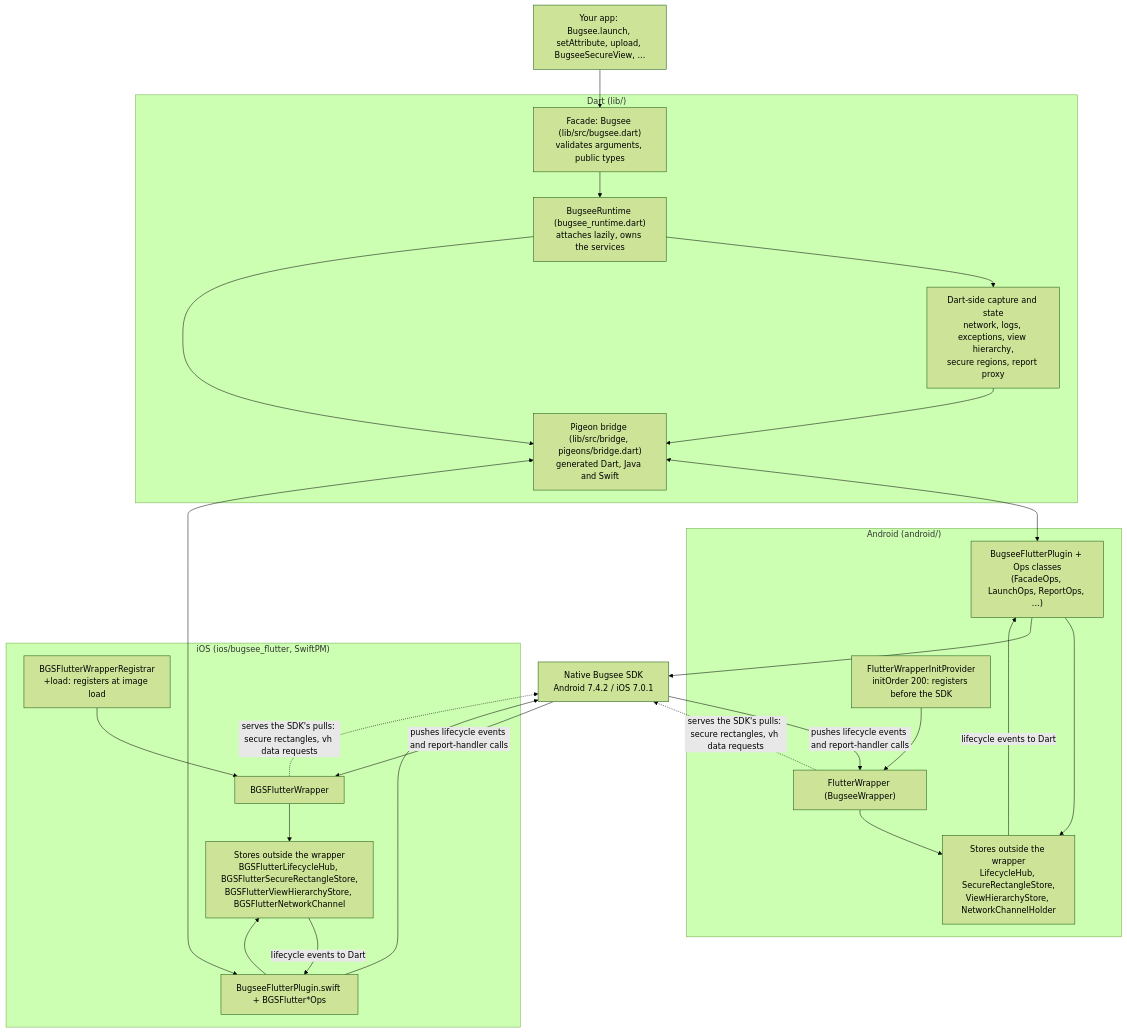
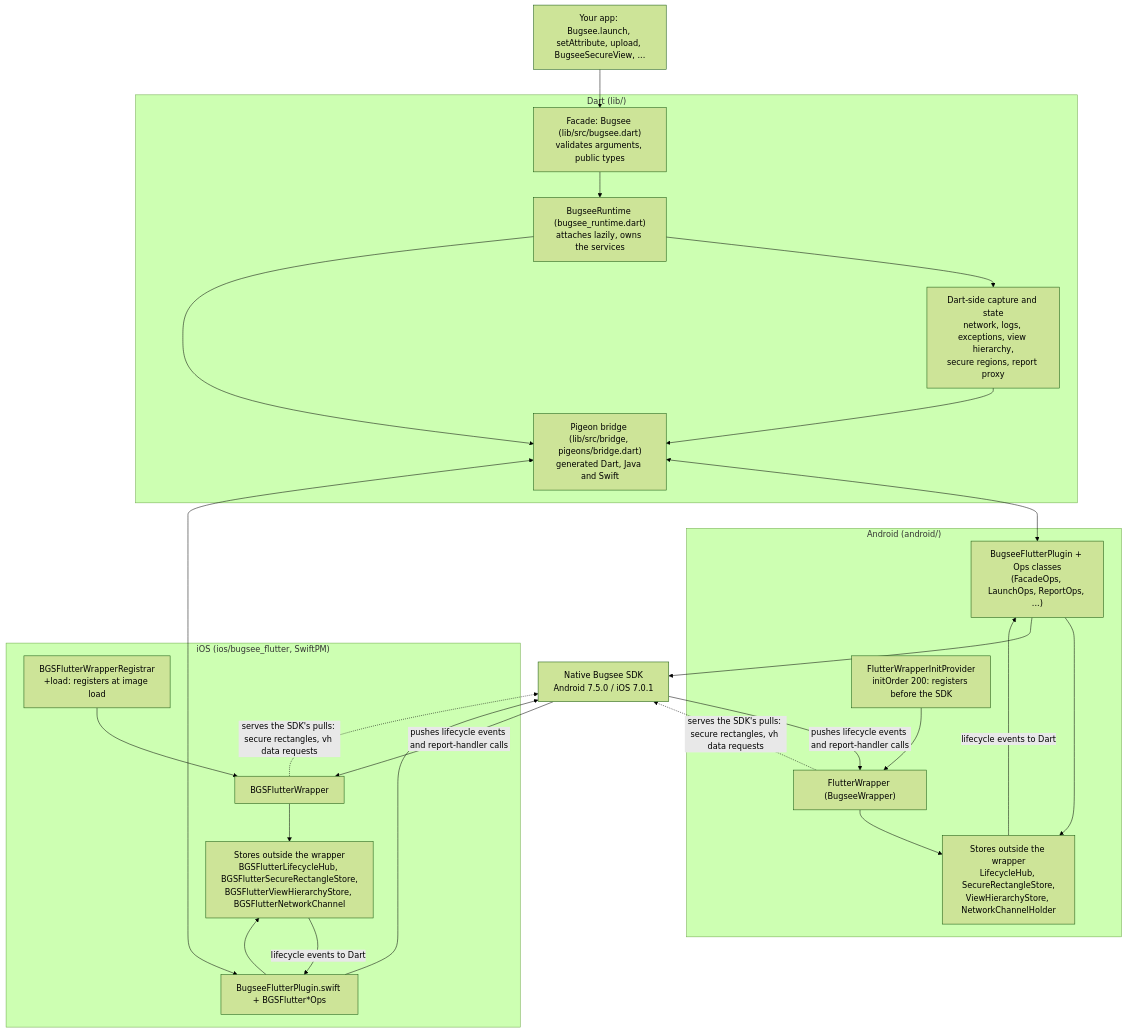
The diagram in doc/architecture.md (bugsee/bugsee-flutter), drawn with Mermaid (forest theme) before and after one commit. The commit also changed 16 other files, not shown here.

First line of the commit message:
Adopt Android SDK 7.5.0 and Gradle plugin 4.1.0

````diff
--- a/doc/architecture.md
+++ b/doc/architecture.md
@@ -8,48 +8,48 @@
 ```mermaid
 flowchart TB
   app["Your app: Bugsee.launch, setAttribute, upload, BugseeSecureView, ..."]
 
   subgraph dart["Dart (lib/)"]
     facade["Facade: Bugsee (lib/src/bugsee.dart)<br/>validates arguments, public types"]
     runtime["BugseeRuntime (bugsee_runtime.dart)<br/>attaches lazily, owns the services"]
     services["Dart-side capture and state<br/>network, logs, exceptions, view hierarchy,<br/>secure regions, report proxy"]
     bridge["Pigeon bridge (lib/src/bridge, pigeons/bridge.dart)<br/>generated Dart, Java and Swift"]
     facade --> runtime --> services
     runtime --> bridge
     services --> bridge
   end
 
   subgraph android["Android (android/)"]
     aprov["FlutterWrapperInitProvider<br/>initOrder 200: registers before the SDK"]
     aplug["BugseeFlutterPlugin + Ops classes<br/>(FacadeOps, LaunchOps, ReportOps, ...)"]
     awrap["FlutterWrapper (BugseeWrapper)"]
     astores["Stores outside the wrapper<br/>LifecycleHub, SecureRectangleStore,<br/>ViewHierarchyStore, NetworkChannelHolder"]
     aprov --> awrap
     aplug --> astores
     awrap --> astores
   end
 
   subgraph ios["iOS (ios/bugsee_flutter, SwiftPM)"]
     ireg["BGSFlutterWrapperRegistrar<br/>+load: registers at image load"]
     iplug["BugseeFlutterPlugin.swift + BGSFlutter*Ops"]
     iwrap["BGSFlutterWrapper"]
     istores["Stores outside the wrapper<br/>BGSFlutterLifecycleHub, BGSFlutterSecureRectangleStore,<br/>BGSFlutterViewHierarchyStore, BGSFlutterNetworkChannel"]
     ireg --> iwrap
     iplug --> istores
     iwrap --> istores
   end
 
-  sdk["Native Bugsee SDK<br/>Android 7.4.2 / iOS 7.0.1"]
+  sdk["Native Bugsee SDK<br/>Android 7.5.0 / iOS 7.0.1"]
 
   app --> facade
   bridge <--> aplug
   bridge <--> iplug
   aplug --> sdk
   iplug --> sdk
   sdk -->|"pushes lifecycle events and report-handler calls"| awrap
   sdk -->|"pushes lifecycle events and report-handler calls"| iwrap
   awrap -.->|"serves the SDK's pulls: secure rectangles, vh data requests"| sdk
   iwrap -.->|"serves the SDK's pulls: secure rectangles, vh data requests"| sdk
   astores -->|"lifecycle events to Dart"| aplug
   istores -->|"lifecycle events to Dart"| iplug
 ```
````
